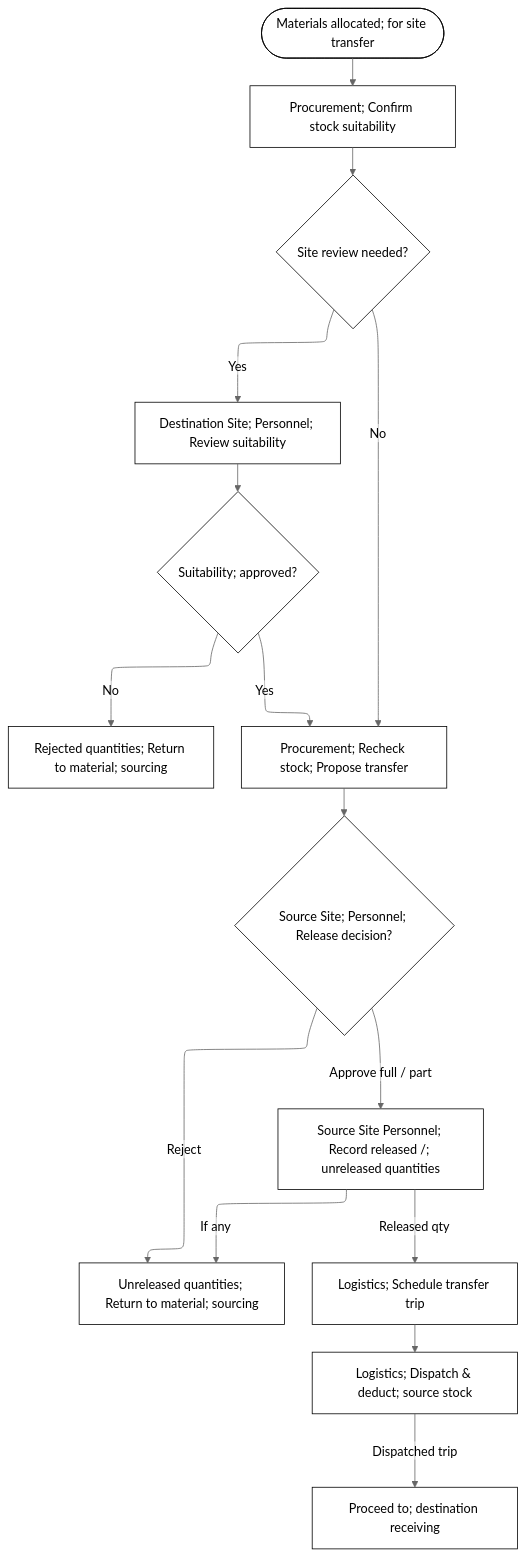
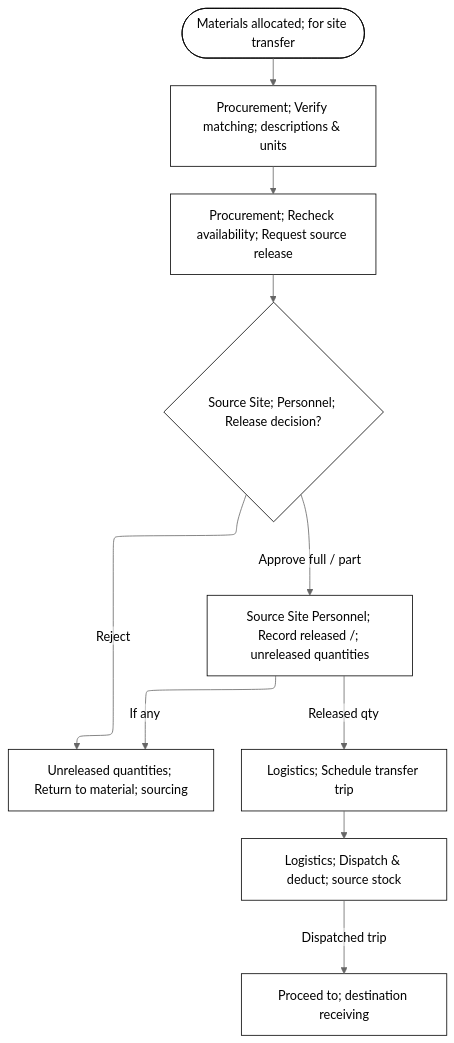
Before and after one commit to yaboii-jah/HML-Prototype: the diagram in docs/thesis/pfd/constructsync-stock-transfer.mmd, drawn with Mermaid. The commit also changed 941 other files, not shown here.

```diff
--- a/docs/thesis/pfd/constructsync-stock-transfer.mmd
+++ b/docs/thesis/pfd/constructsync-stock-transfer.mmd
@@ -1,39 +1,30 @@
 ---
 config:
   layout: elk
   theme: neutral
   flowchart:
     htmlLabels: false
 ---
 flowchart TB
   %% Inter-site stock transfer
   %% Descriptive events identify entries; named process handoffs use off-page pentagons in publication exports.
   transferQuantities(["Materials allocated; for site transfer"])
-  confirmSuitability["Procurement; Confirm stock suitability"]
-  siteReviewNeeded{"Site review needed?"}
-  siteSuitability["Destination Site; Personnel; Review suitability"]
-  suitabilityDecision{"Suitability; approved?"}
-  suitabilityResourcing["Rejected quantities; Return to material; sourcing"]
-  proposeTransfer["Procurement; Recheck stock; Propose transfer"]
+  confirmSuitability["Procurement; Verify matching; descriptions & units"]
+  proposeTransfer["Procurement; Recheck availability; Request source release"]
   sourceRelease{"Source Site; Personnel; Release decision?"}
   recordRelease["Source Site Personnel; Record released /; unreleased quantities"]
   resourcing["Unreleased quantities; Return to material; sourcing"]
   scheduleTransfer["Logistics; Schedule transfer trip"]
   dispatchTransfer["Logistics; Dispatch & deduct; source stock"]
   transferReceiving["Proceed to; destination receiving"]
   transferQuantities --> confirmSuitability
-  confirmSuitability --> siteReviewNeeded
-  siteReviewNeeded -->|"Yes"| siteSuitability
-  siteReviewNeeded -->|"No"| proposeTransfer
-  siteSuitability --> suitabilityDecision
-  suitabilityDecision -->|"Yes"| proposeTransfer
-  suitabilityDecision -->|"No"| suitabilityResourcing
+  confirmSuitability --> proposeTransfer
   proposeTransfer --> sourceRelease
   sourceRelease -->|"Reject"| resourcing
   sourceRelease -->|"Approve full / part"| recordRelease
   recordRelease -->|"If any"| resourcing
   recordRelease -->|"Released qty"| scheduleTransfer
   scheduleTransfer --> dispatchTransfer
   dispatchTransfer -->|"Dispatched trip"| transferReceiving
   classDef plain fill:#ffffff,stroke:#000000,color:#000000
-  class transferQuantities,confirmSuitability,siteReviewNeeded,siteSuitability,suitabilityDecision,suitabilityResourcing,proposeTransfer,sourceRelease,recordRelease,resourcing,scheduleTransfer,dispatchTransfer,transferReceiving plain
+  class transferQuantities,confirmSuitability,proposeTransfer,sourceRelease,recordRelease,resourcing,scheduleTransfer,dispatchTransfer,transferReceiving plain
```
